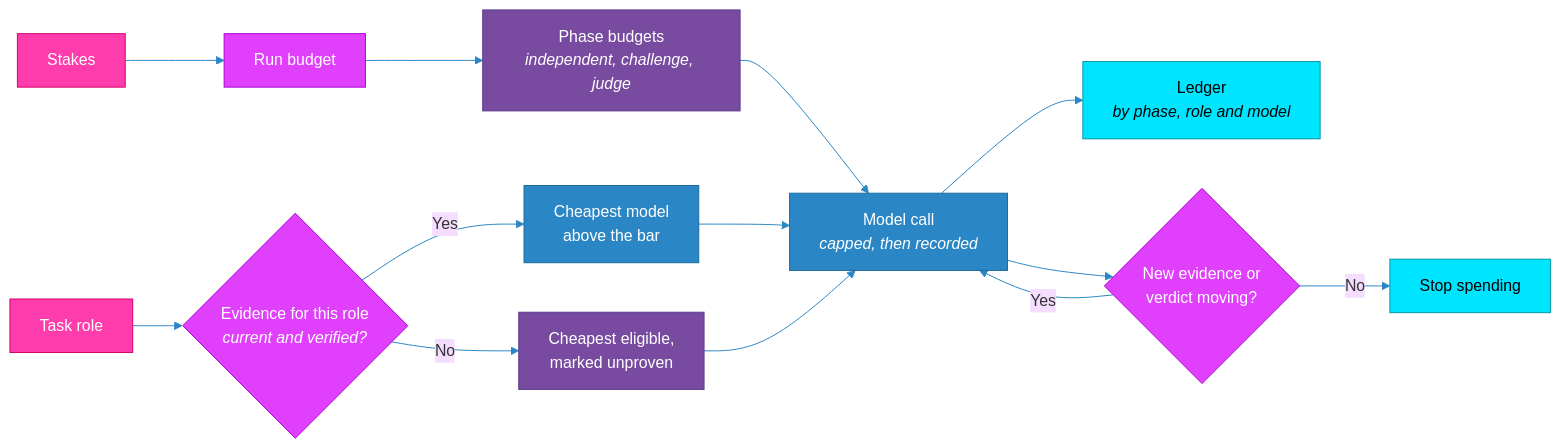
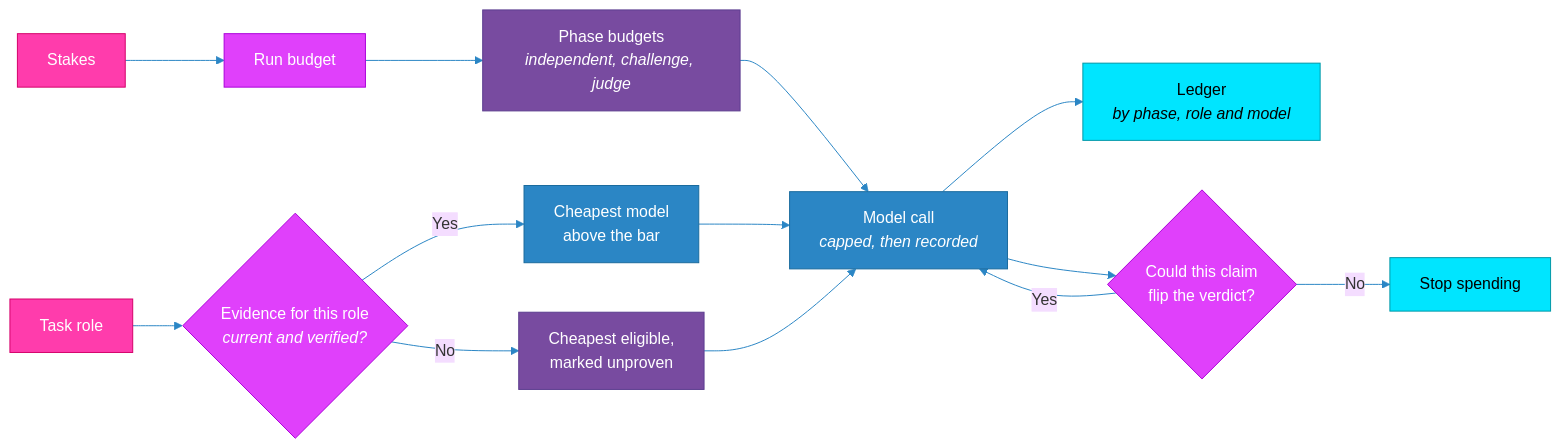
One commit to qinnovates/quorum changed the second of 12 diagrams in README.md. Above: the diagram before and after it, drawn with Mermaid. The commit also changed other lines of this file and 72 other files, not shown here.

````diff
--- a/README.md
+++ b/README.md
@@ -80,26 +109,26 @@
 ```mermaid
 %%{init: {'theme': 'base', 'themeVariables': {'lineColor': '#2B86C5', 'background': '#0d1117'}}}%%
 graph LR
     ST["Stakes"] --> BUD["Run budget"]
     BUD --> PH["Phase budgets<br/><i>independent, challenge, judge</i>"]
     ROLE["Task role"] --> EV{"Evidence for this role<br/><i>current and verified?</i>"}
     EV -->|"Yes"| PR["Cheapest model<br/>above the bar"]
     EV -->|"No"| UN["Cheapest eligible,<br/>marked unproven"]
     PH & PR & UN --> CALL["Model call<br/><i>capped, then recorded</i>"]
     CALL --> LED["Ledger<br/><i>by phase, role and model</i>"]
-    CALL --> STOP{"New evidence or<br/>verdict moving?"}
+    CALL --> STOP{"Could this claim<br/>flip the verdict?"}
     STOP -->|"Yes"| CALL
     STOP -->|"No"| END["Stop spending"]
 
     style ST fill:#FF3CAC,stroke:#D4006A,color:#fff
     style BUD fill:#E040FB,stroke:#AB00D9,color:#fff
     style PH fill:#784BA0,stroke:#5C3D8F,color:#fff
     style ROLE fill:#FF3CAC,stroke:#D4006A,color:#fff
     style EV fill:#E040FB,stroke:#AB00D9,color:#fff
     style PR fill:#2B86C5,stroke:#1A6B9E,color:#fff
     style UN fill:#784BA0,stroke:#5C3D8F,color:#fff
     style CALL fill:#2B86C5,stroke:#1A6B9E,color:#fff
     style LED fill:#00E5FF,stroke:#0097A7,color:#000
     style STOP fill:#E040FB,stroke:#AB00D9,color:#fff
     style END fill:#00E5FF,stroke:#0097A7,color:#000
 ```
````
